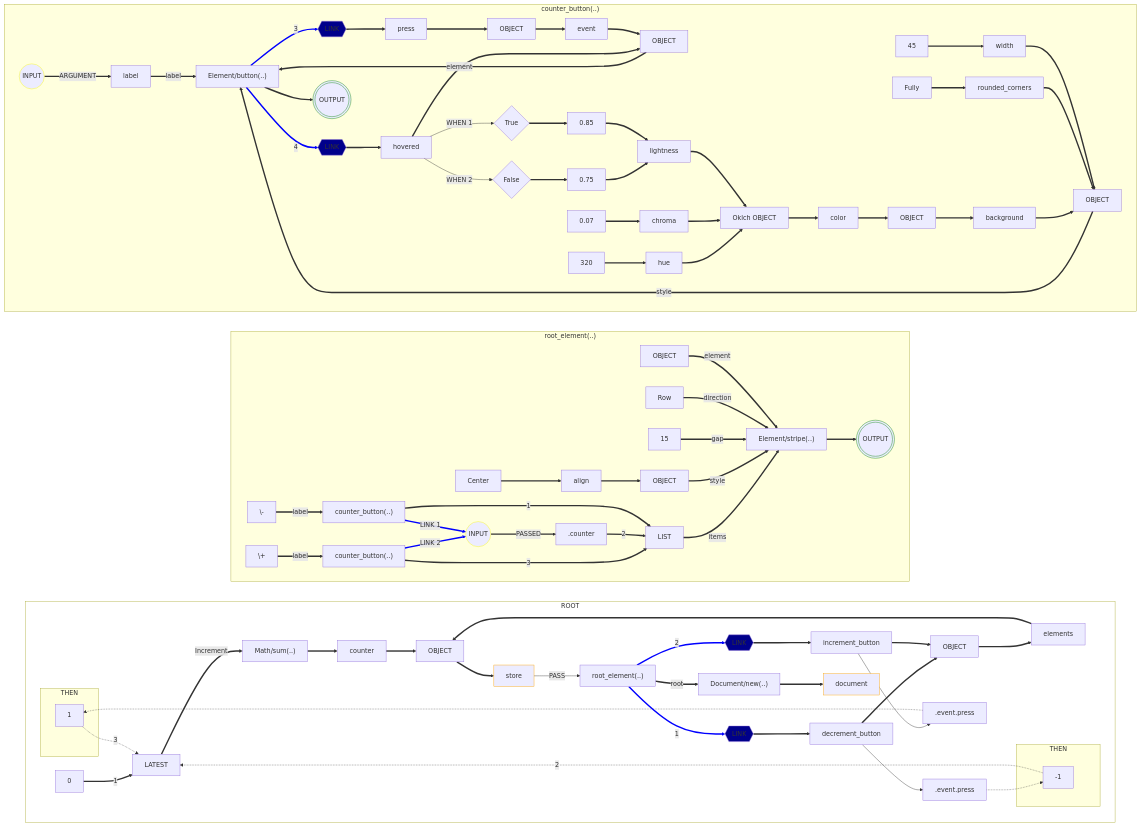
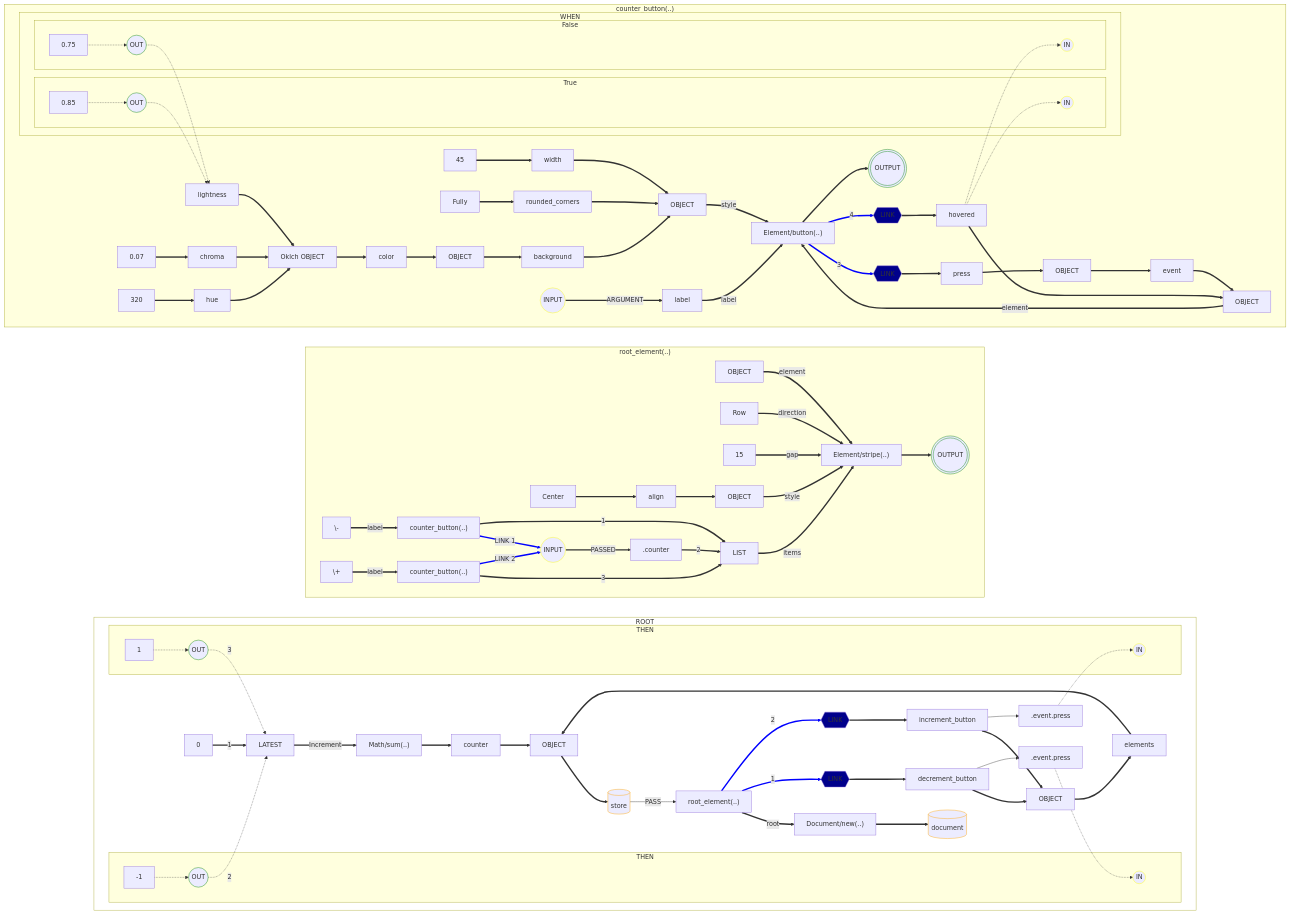
The diagram in examples/boon_lang/frontend/src/examples/counter_flow.md (MoonZoon/MoonZoon), drawn with Mermaid before and after one commit.

Commit message:
WHEN/THEN subgraph

````diff
--- a/examples/boon_lang/frontend/src/examples/counter_flow.md
+++ b/examples/boon_lang/frontend/src/examples/counter_flow.md
@@ -9,7 +9,7 @@
         direction LR
         style graph_root fill:transparent
 
-        VAR_store__61["store"]:::root_variable_class
+        VAR_store__61[("store")]:::root_variable_class
         OBJ__67["OBJECT"]
 
         OBJ__67 ==> VAR_store__61
@@ -36,26 +36,34 @@
         CALL_Math_sum__16["Math/sum(..)"]
 
         subgraph THEN__68["THEN"]
+            THEN_IN__71(("IN")):::function_input_class
             NUM_minus_1__14["-1"]
+            THEN_OUT__72(("OUT")):::function_output_class
+
+            NUM_minus_1__14 .-> THEN_OUT__72
         end
 
         subgraph THEN__70["THEN"]
+            THEN_IN__73(("IN")):::function_input_class
             NUM_1__15["1"]
+            THEN_OUT__74(("OUT")):::function_output_class
+
+            NUM_1__15 .-> THEN_OUT__74
         end
 
-        GET_elements.decrement_button.event.press__10 .-> NUM_minus_1__14
-        GET_elements.increment_button.event.press__11 .-> NUM_1__15
+        GET_elements.decrement_button.event.press__10 .-> THEN_IN__71
+        GET_elements.increment_button.event.press__11 .-> THEN_IN__73
 
         NUM_0__9 ==> |"1"| LATEST__8
-        NUM_minus_1__14 .-> |"2"| LATEST__8
-        NUM_1__15 .-> |"3"| LATEST__8
+        THEN_OUT__72 .-> |"2"| LATEST__8
+        THEN_OUT__74 .-> |"3"| LATEST__8
         LATEST__8 ==> |"Increment"| CALL_Math_sum__16
         CALL_Math_sum__16 ==> VAR_counter__7
         VAR_counter__7 ==> OBJ__67
         VAR_decrement_button__3 --> GET_elements.decrement_button.event.press__10
         VAR_increment_button__4 --> GET_elements.increment_button.event.press__11
 
-        VAR_document__17["document"]:::root_variable_class
+        VAR_document__17[("document")]:::root_variable_class
         CALL_Document_new__18["Document/new(..)"]
         CALL_root_element__19["root_element(..)"]
 
@@ -66,7 +74,7 @@
         CALL_root_element__19 ==> |"1"| LIN__5
         CALL_root_element__19 ==> |"2"| LIN__6
 
-        linkStyle 20,21 stroke:Blue;
+        linkStyle 22,23 stroke:Blue;
     end
 
     subgraph FUNCTION_root_element__20["root_element(..)"]
@@ -112,7 +120,7 @@
 
         CALL_Element_stripe__21 ==> OUTPUT__47
 
-        linkStyle 35,36 stroke:Blue;
+        linkStyle 37,38 stroke:Blue;
     end
 
     subgraph FUNCTION_counter_button__33["counter_button(..)"]
@@ -150,10 +158,23 @@
         NUM_0.07__55["0.07"]
         NUM_320__56["320"]
 
-        WHEN_True__59{"True"}
-        WHEN_False__60{"False"}
-        NUM_0.85__61["0.85"]
-        NUM_0.75__62["0.75"]
+        subgraph WHEN__75["WHEN"]
+            subgraph ARM_true__76["True"]
+                ARM_IN__82(("IN")):::function_input_class
+                NUM_0.85__61["0.85"]
+                ARM_OUT__83(("OUT")):::function_output_class
+
+                NUM_0.85__61 .-> ARM_OUT__83
+            end
+
+            subgraph ARM_true__86["False"]
+                ARM_IN__84(("IN")):::function_input_class
+                NUM_0.75__62["0.75"]
+                ARM_OUT__85(("OUT")):::function_output_class
+
+                NUM_0.75__62 .-> ARM_OUT__85
+            end
+        end
 
         INPUT__64 ==> |"ARGUMENT"| ARG_label__46
 
@@ -181,17 +202,15 @@
         NUM_0.07__55 ==> VAR_chroma__53
         NUM_320__56 ==> VAR_hue__54
 
-        VAR_hovered__39 --> |"WHEN 1"| WHEN_True__59
-        NUM_0.85__61 ==> VAR_lightness__52
-        VAR_hovered__39 --> |"WHEN 2"| WHEN_False__60
-        NUM_0.75__62 ==> VAR_lightness__52
-        WHEN_True__59 ==> NUM_0.85__61
-        WHEN_False__60 ==> NUM_0.75__62
+        VAR_hovered__39 .-> ARM_IN__82
+        VAR_hovered__39 .-> ARM_IN__84
+        ARM_OUT__83 .-> VAR_lightness__52
+        ARM_OUT__85 .-> VAR_lightness__52
 
         ARG_label__46 ==> |"label"| CALL_Element_button__33
 
         CALL_Element_button__33 ==> OUTPUT__49
 
-        linkStyle 38,39 stroke:Blue;
+        linkStyle 40,41 stroke:Blue;
     end
 ```
````
